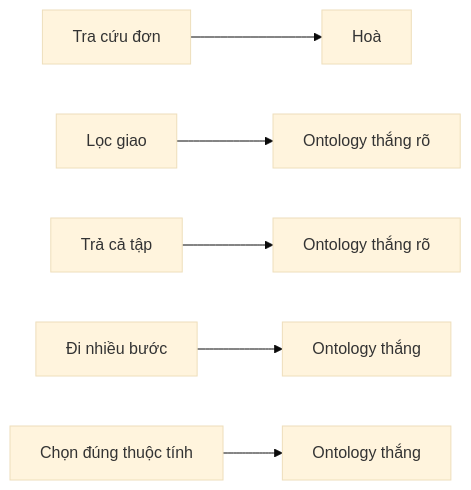
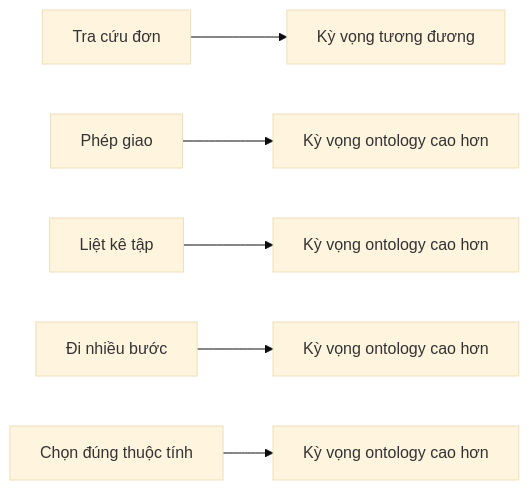
One commit to vpthinh19/ontology-chatbot changed the tenth of 10 diagrams in docs/CONCEPT.md. Above: the diagram before and after it, drawn with Mermaid (base theme). The commit also changed other lines of this file, not shown here.

````diff
--- a/docs/CONCEPT.md
+++ b/docs/CONCEPT.md
@@ -430,8 +517,8 @@
 ```mermaid
 flowchart LR
-    T1["Tra cứu đơn"] --> R1["Hoà"]
-    T2["Lọc giao"] --> R2["Ontology thắng rõ"]
-    T3["Trả cả tập"] --> R3["Ontology thắng rõ"]
-    T4["Đi nhiều bước"] --> R4["Ontology thắng"]
-    T5["Chọn đúng thuộc tính"] --> R5["Ontology thắng"]
+    T1["Tra cứu đơn"] --> R1["Kỳ vọng tương đương"]
+    T2["Phép giao"] --> R2["Kỳ vọng ontology cao hơn"]
+    T3["Liệt kê tập"] --> R3["Kỳ vọng ontology cao hơn"]
+    T4["Đi nhiều bước"] --> R4["Kỳ vọng ontology cao hơn"]
+    T5["Chọn đúng thuộc tính"] --> R5["Kỳ vọng ontology cao hơn"]
 ```
````
